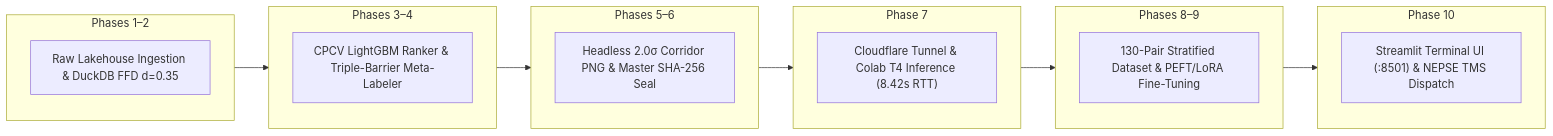
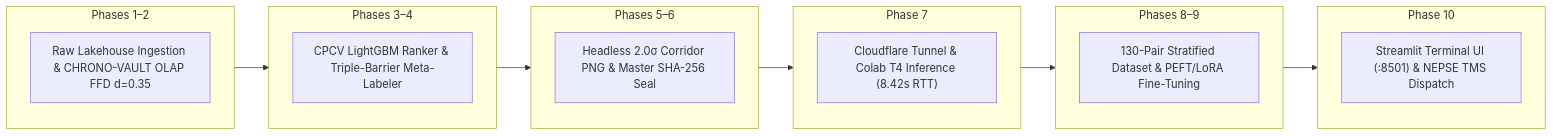
Before and after one commit to syzfint/NepseP: the third of 3 diagrams in README.md, drawn with Mermaid. The commit also changed other lines of this file and 266 other files, not shown here.

````diff
--- a/README.md
+++ b/README.md
@@ -233,29 +233,29 @@
 ```mermaid
 flowchart LR
     subgraph S1["Phases 1–2"]
         direction TB
-        P1["Raw Lakehouse Ingestion & DuckDB FFD d=0.35"]
+        P1["Raw Lakehouse Ingestion & CHRONO-VAULT OLAP FFD d=0.35"]
     end
     subgraph S2["Phases 3–4"]
         direction TB
         P2["CPCV LightGBM Ranker & Triple-Barrier Meta-Labeler"]
     end
     subgraph S3["Phases 5–6"]
         direction TB
         P3["Headless 2.0σ Corridor PNG & Master SHA-256 Seal"]
     end
     subgraph S4["Phase 7"]
         direction TB
         P4["Cloudflare Tunnel & Colab T4 Inference (8.42s RTT)"]
     end
     subgraph S5["Phases 8–9"]
         direction TB
         P5["130-Pair Stratified Dataset & PEFT/LoRA Fine-Tuning"]
     end
     subgraph S6["Phase 10"]
         direction TB
         P6["Streamlit Terminal UI (:8501) & NEPSE TMS Dispatch"]
     end
 
     S1 --> S2 --> S3 --> S4 --> S5 --> S6
 ```
````
